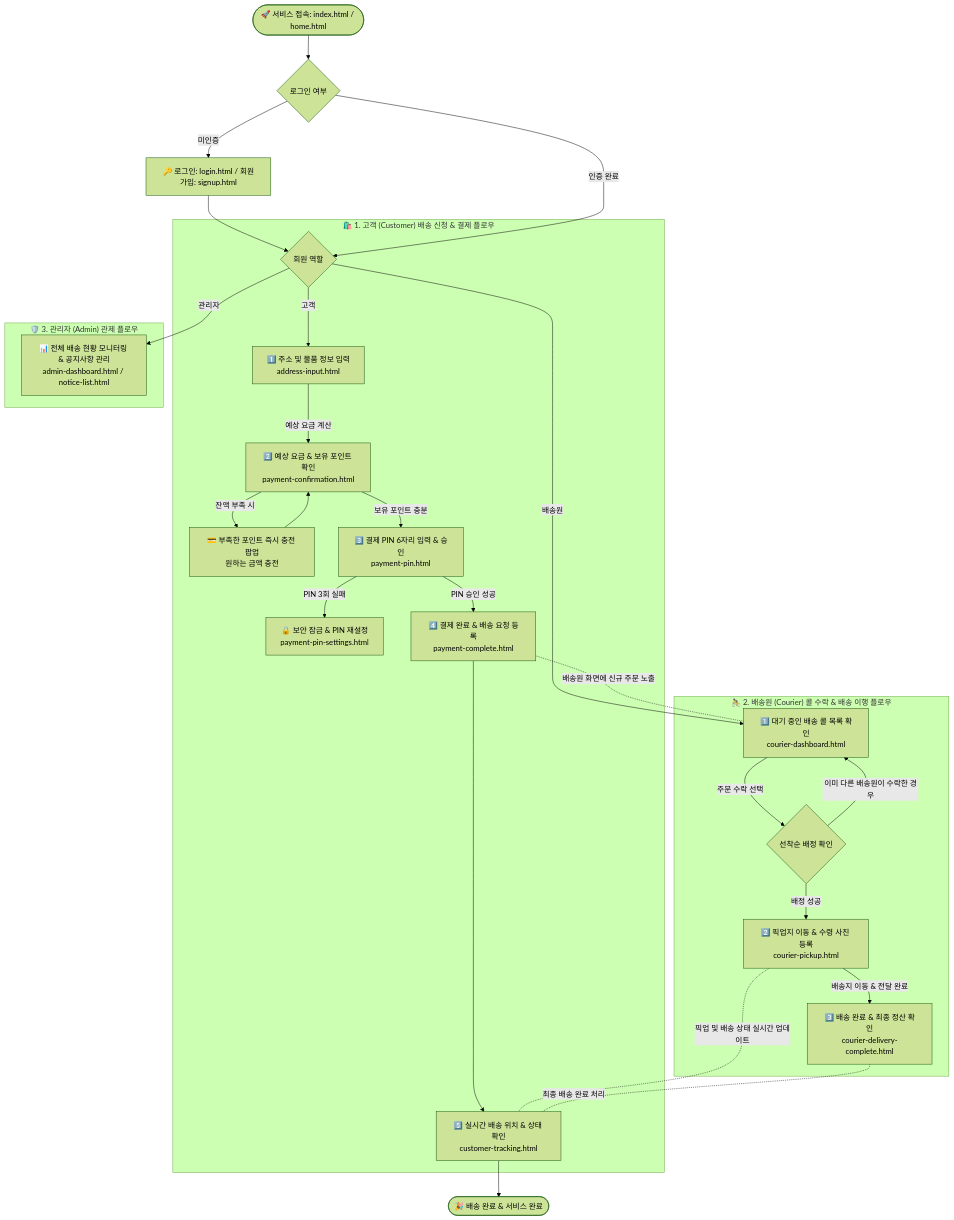
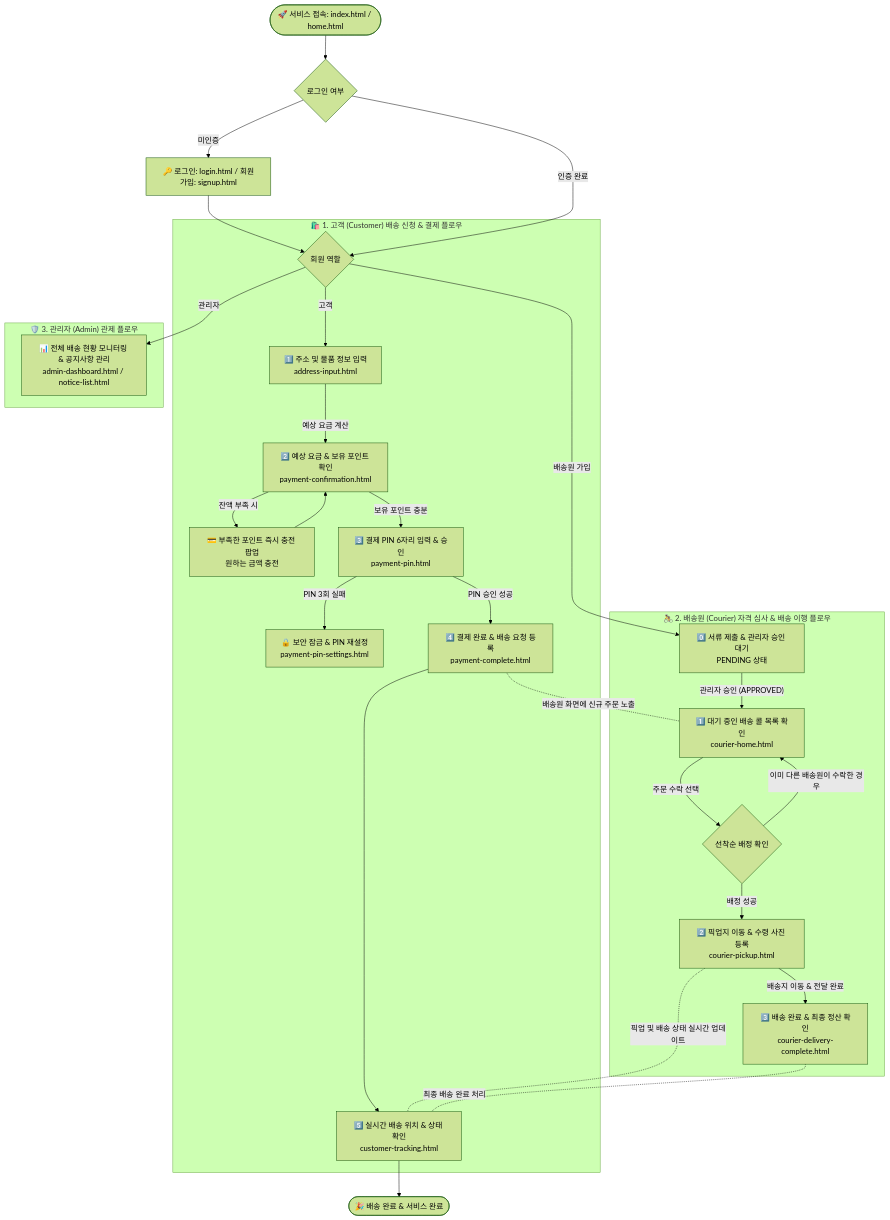
Before and after one commit to ShinhanDSProject/shinhan-delivery: the first of 3 diagrams in docs/architecture/전체-유저-플로우-가이드.md, drawn with Mermaid (forest theme). The commit also changed 28 other files, not shown here.

````diff
--- a/docs/architecture/전체-유저-플로우-가이드.md
+++ b/docs/architecture/전체-유저-플로우-가이드.md
@@ -29,52 +29,53 @@
 ```mermaid
 flowchart TD
     %% 시작 및 인증
     Start([🚀 서비스 접속: index.html / home.html]) --> AuthChoice{로그인 여부}
     
     AuthChoice -- 미인증 --> Login[🔑 로그인: login.html / 회원가입: signup.html]
     Login --> RoleChoice{회원 역할}
     AuthChoice -- 인증 완료 --> RoleChoice
 
     %% -------------------------------------------------------------
     %% 1. 고객 (Customer) 유저 플로우
     %% -------------------------------------------------------------
     subgraph CustomerFlow ["🛍️ 1. 고객 (Customer) 배송 신청 & 결제 플로우"]
         RoleChoice -- 고객 --> AddrInput[1️⃣ 주소 및 물품 정보 입력<br/>address-input.html]
         AddrInput -- 예상 요금 계산 --> PayConfirm[2️⃣ 예상 요금 & 보유 포인트 확인<br/>payment-confirmation.html]
         
         PayConfirm -- 잔액 부족 시 --> PointCharge[💳 부족한 포인트 즉시 충전 팝업<br/>원하는 금액 충전]
         PointCharge --> PayConfirm
         
         PayConfirm -- 보유 포인트 충분 --> PayPin[3️⃣ 결제 PIN 6자리 입력 & 승인<br/>payment-pin.html]
         PayPin -- PIN 3회 실패 --> PinLock[🔒 보안 잠금 & PIN 재설정<br/>payment-pin-settings.html]
         PayPin -- PIN 승인 성공 --> PayComplete[4️⃣ 결제 완료 & 배송 요청 등록<br/>payment-complete.html]
         
         PayComplete --> Tracking[5️⃣ 실시간 배송 위치 & 상태 확인<br/>customer-tracking.html]
     end
 
     %% -------------------------------------------------------------
     %% 2. 배송원 (Courier) 유저 플로우
     %% -------------------------------------------------------------
-    subgraph CourierFlow ["🚴 2. 배송원 (Courier) 콜 수락 & 배송 이행 플로우"]
-        RoleChoice -- 배송원 --> CourierDash[1️⃣ 대기 중인 배송 콜 목록 확인<br/>courier-dashboard.html]
+    subgraph CourierFlow ["🚴 2. 배송원 (Courier) 자격 심사 & 배송 이행 플로우"]
+        RoleChoice -- 배송원 가입 --> CourierPending[0️⃣ 서류 제출 & 관리자 승인 대기<br/>PENDING 상태]
+        CourierPending -- 관리자 승인 (APPROVED) --> CourierDash[1️⃣ 대기 중인 배송 콜 목록 확인<br/>courier-home.html]
         
         CourierDash -- 주문 수락 선택 --> MatchCheck{선착순 배정 확인}
         MatchCheck -- 이미 다른 배송원이 수락한 경우 --> CourierDash
         MatchCheck -- 배정 성공 --> CourierPickup[2️⃣ 픽업지 이동 & 수령 사진 등록<br/>courier-pickup.html]
         
         CourierPickup -- 배송지 이동 & 전달 완료 --> CourierComplete[3️⃣ 배송 완료 & 최종 정산 확인<br/>courier-delivery-complete.html]
     end
 
     %% -------------------------------------------------------------
     %% 3. 관리자 (Admin) 유저 플로우
     %% -------------------------------------------------------------
     subgraph AdminFlow ["🛡️ 3. 관리자 (Admin) 관제 플로우"]
         RoleChoice -- 관리자 --> AdminDash[📊 전체 배송 현황 모니터링 & 공지사항 관리<br/>admin-dashboard.html / notice-list.html]
     end
 
     %% 실시간 상호작용 연결
     PayComplete -. 배송원 화면에 신규 주문 노출 .- CourierDash
     CourierPickup -. 픽업 및 배송 상태 실시간 업데이트 .- Tracking
     CourierComplete -. 최종 배송 완료 처리 .- Tracking
     Tracking --> Finish([🎉 배송 완료 & 서비스 완료])
 ```
````
